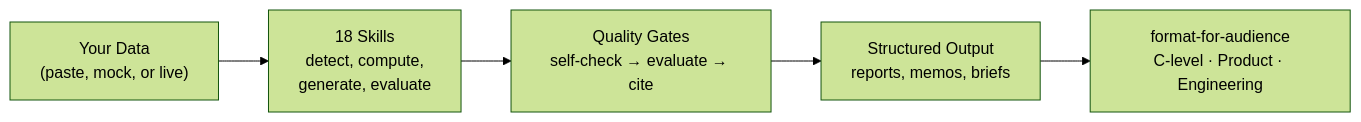
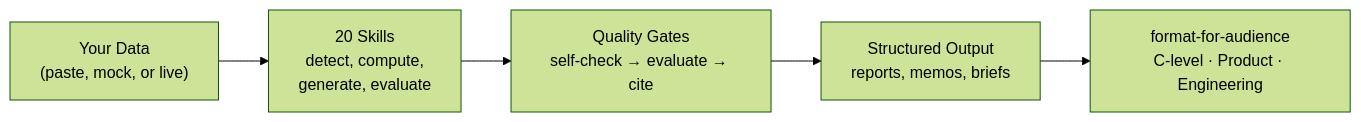
The diagram in README.md (yannmenec/delivery-management-skills), drawn with Mermaid (forest theme) before and after one commit. The commit also changed other lines of this file and 29 other files, not shown here.

First line of the commit message:
feat: foundation hardening — hygiene fixes, schema enforcement, validation tooling

````diff
--- a/README.md
+++ b/README.md
@@ -16,7 +16,7 @@
 ```mermaid
 graph LR
-    Input["Your Data<br/>(paste, mock, or live)"] --> Skills["18 Skills<br/>detect, compute,<br/>generate, evaluate"]
+    Input["Your Data<br/>(paste, mock, or live)"] --> Skills["20 Skills<br/>detect, compute,<br/>generate, evaluate"]
     Skills --> QG["Quality Gates<br/>self-check → evaluate → cite"]
     QG --> Output["Structured Output<br/>reports, memos, briefs"]
     Output --> Format["format-for-audience<br/>C-level · Product · Engineering"]
 ```
````
